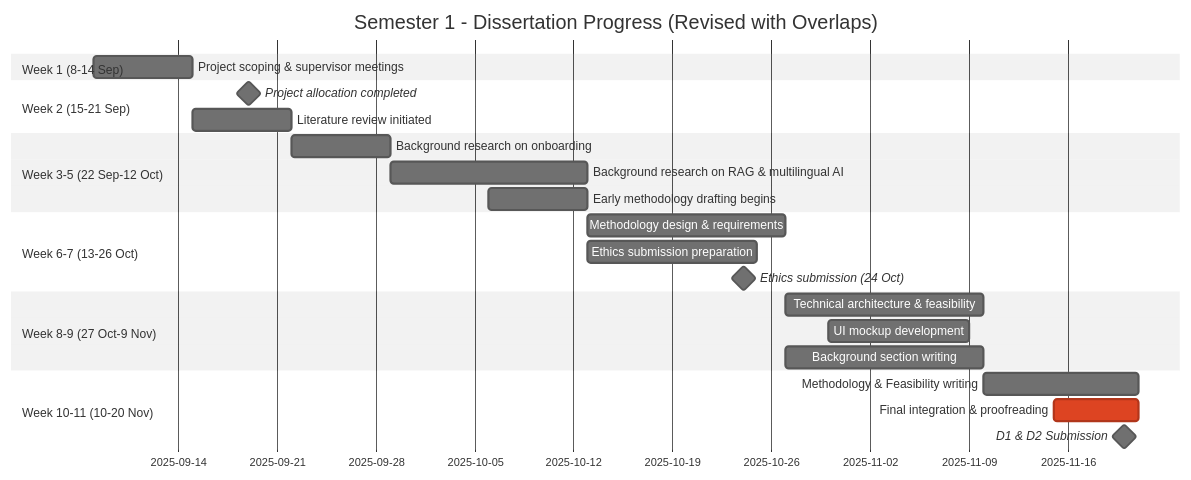
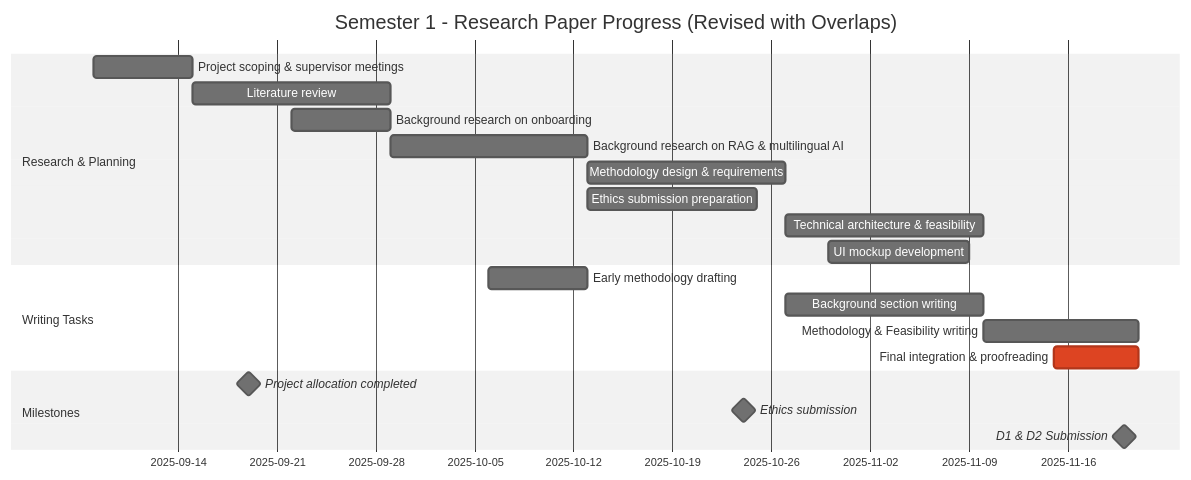
One commit to nm2064/Supporting-new-students-orienting-themselves-on-campus changed the first of 2 diagrams in Gantt Chart/README.md. Above: the diagram before and after it, drawn with Mermaid (neutral theme). The commit also changed other lines of this file, not shown here.

Commit message:
Revise Gantt chart for Semester 1 and 2 timelines

````diff
--- a/Gantt Chart/README.md
+++ b/Gantt Chart/README.md
@@ -5,32 +5,26 @@
 ```mermaid
 gantt
-    title Semester 1 - Dissertation Progress (Revised with Overlaps)
+    title Semester 1 - Research Paper Progress (Revised with Overlaps)
     dateFormat  YYYY-MM-DD
 
-    section Week 1 (8-14 Sep)
-    Project scoping & supervisor meetings           :w1, 2025-09-08, 7d
+    section Research & Planning
+    Project scoping & supervisor meetings           :plan1, 2025-09-08, 7d
+    Literature review                               :plan2, 2025-09-15, 14d
+    Background research on onboarding               :plan3, 2025-09-22, 7d
+    Background research on RAG & multilingual AI    :plan4, 2025-09-29, 14d
+    Methodology design & requirements               :plan5, 2025-10-13, 14d
+    Ethics submission preparation                   :plan6, 2025-10-13, 12d
+    Technical architecture & feasibility            :plan7, 2025-10-27, 14d
+    UI mockup development                           :plan8, 2025-10-30, 10d
 
-    section Week 2 (15-21 Sep)
-    Project allocation completed                    :milestone, 2025-09-19, 0d
-    Literature review initiated                     :w2a, 2025-09-15, 7d
+    section Writing Tasks
+    Early methodology drafting                      :write1, 2025-10-06, 7d
+    Background section writing                      :write2, 2025-10-27, 14d
+    Methodology & Feasibility writing               :write3, 2025-11-10, 11d
+    Final integration & proofreading                :crit, write4, 2025-11-15, 6d
 
-    section Week 3-5 (22 Sep-12 Oct)
-    Background research on onboarding               :w3a, 2025-09-22, 7d
-    Background research on RAG & multilingual AI    :w4, 2025-09-29, 14d
-    Early methodology drafting begins               :w3b, 2025-10-06, 7d
-
-    section Week 6-7 (13-26 Oct)
-    Methodology design & requirements               :w6a, 2025-10-13, 14d
-    Ethics submission preparation                   :w6b, 2025-10-13, 12d
-    Ethics submission (24 Oct)                      :milestone, 2025-10-24, 0d
-
-    section Week 8-9 (27 Oct-9 Nov)
-    Technical architecture & feasibility            :w8a, 2025-10-27, 14d
-    UI mockup development                           :w8b, 2025-10-30, 10d
-    Background section writing                      :w8c, 2025-10-27, 14d
-
-    section Week 10-11 (10-20 Nov)
-    Methodology & Feasibility writing               :w10a, 2025-11-10, 11d
-    Final integration & proofreading                :crit, w10b, 2025-11-15, 6d
-    D1 & D2 Submission                              :milestone, submit, 2025-11-20, 0d
+    section Milestones
+    Project allocation completed                    :milestone, m1, 2025-09-19, 0d
+    Ethics submission                               :milestone, m2, 2025-10-24, 0d
+    D1 & D2 Submission                              :milestone, m3, 2025-11-20, 0d
 ```
````
